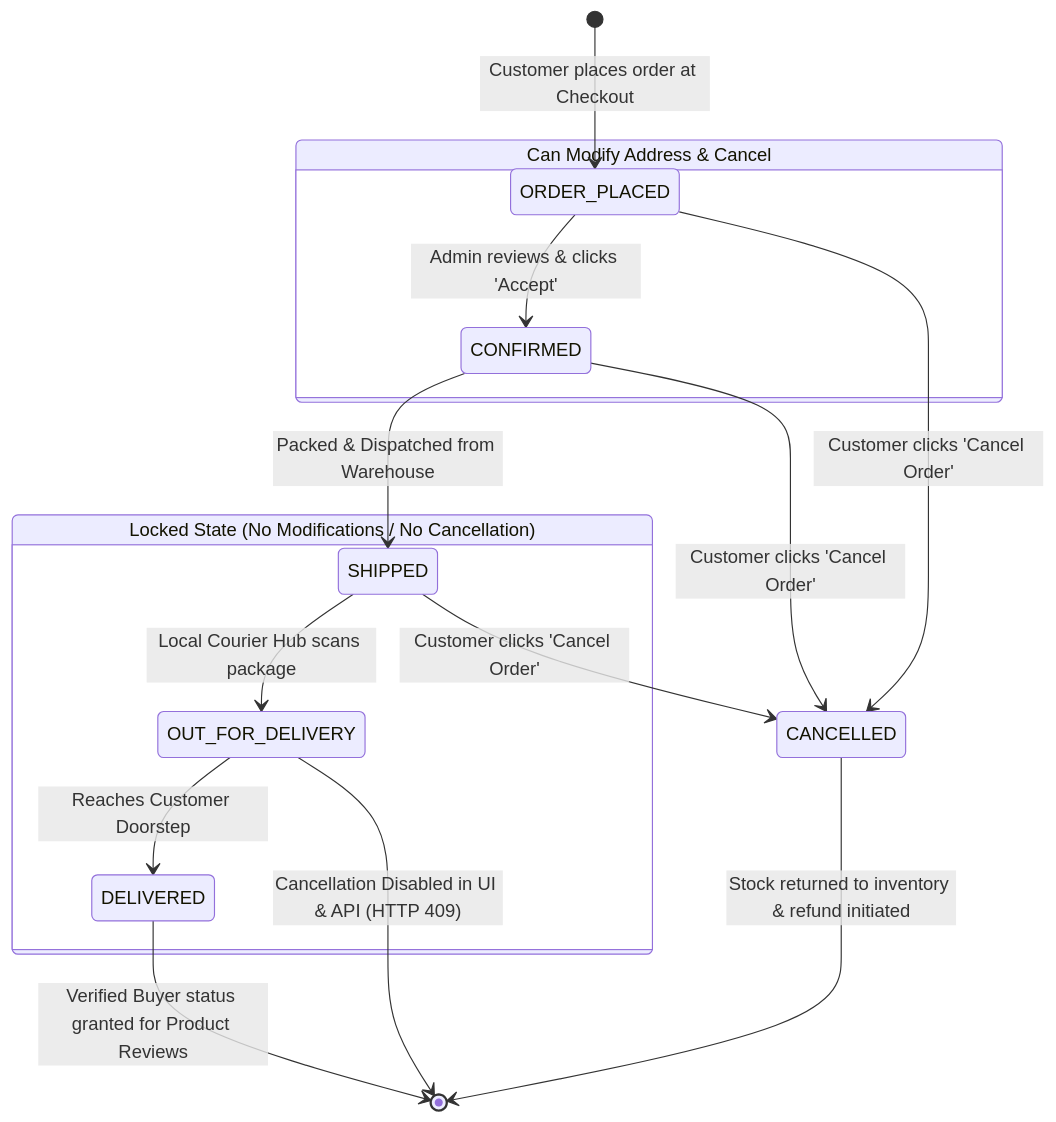
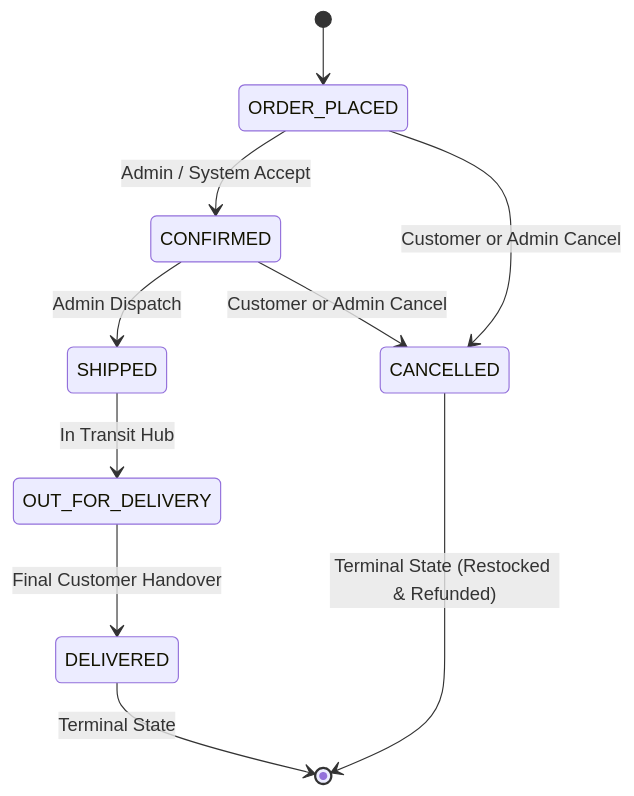
The second of 2 diagrams in ARCHITECTURE.md (Rahulbharvadiya/E-Shop-AI-Powered-Luxury-E-Commerce-Platform), drawn with Mermaid before and after one commit. The commit also changed other lines of this file and 53 other files, not shown here.

````diff
--- a/ARCHITECTURE.md
+++ b/ARCHITECTURE.md
@@ -229,22 +84,12 @@
 ```mermaid
 stateDiagram-v2
-    [*] --> ORDER_PLACED: Customer places order at Checkout
-    
-    state "Can Modify Address & Cancel" as ModifiableState {
-        ORDER_PLACED --> CONFIRMED: Admin reviews & clicks 'Accept'
-        CONFIRMED --> SHIPPED: Packed & Dispatched from Warehouse
-    }
-
-    state "Locked State (No Modifications / No Cancellation)" as LockedState {
-        SHIPPED --> OUT_FOR_DELIVERY: Local Courier Hub scans package
-        OUT_FOR_DELIVERY --> DELIVERED: Reaches Customer Doorstep
-    }
-
-    ORDER_PLACED --> CANCELLED: Customer clicks 'Cancel Order'
-    CONFIRMED --> CANCELLED: Customer clicks 'Cancel Order'
-    SHIPPED --> CANCELLED: Customer clicks 'Cancel Order'
-
-    OUT_FOR_DELIVERY --> [*]: Cancellation Disabled in UI & API (HTTP 409)
-    DELIVERED --> [*]: Verified Buyer status granted for Product Reviews
-    CANCELLED --> [*]: Stock returned to inventory & refund initiated
+    [*] --> ORDER_PLACED
+    ORDER_PLACED --> CONFIRMED: Admin / System Accept
+    ORDER_PLACED --> CANCELLED: Customer or Admin Cancel
+    CONFIRMED --> SHIPPED: Admin Dispatch
+    CONFIRMED --> CANCELLED: Customer or Admin Cancel
+    SHIPPED --> OUT_FOR_DELIVERY: In Transit Hub
+    OUT_FOR_DELIVERY --> DELIVERED: Final Customer Handover
+    DELIVERED --> [*]: Terminal State
+    CANCELLED --> [*]: Terminal State (Restocked & Refunded)
 ```
````
